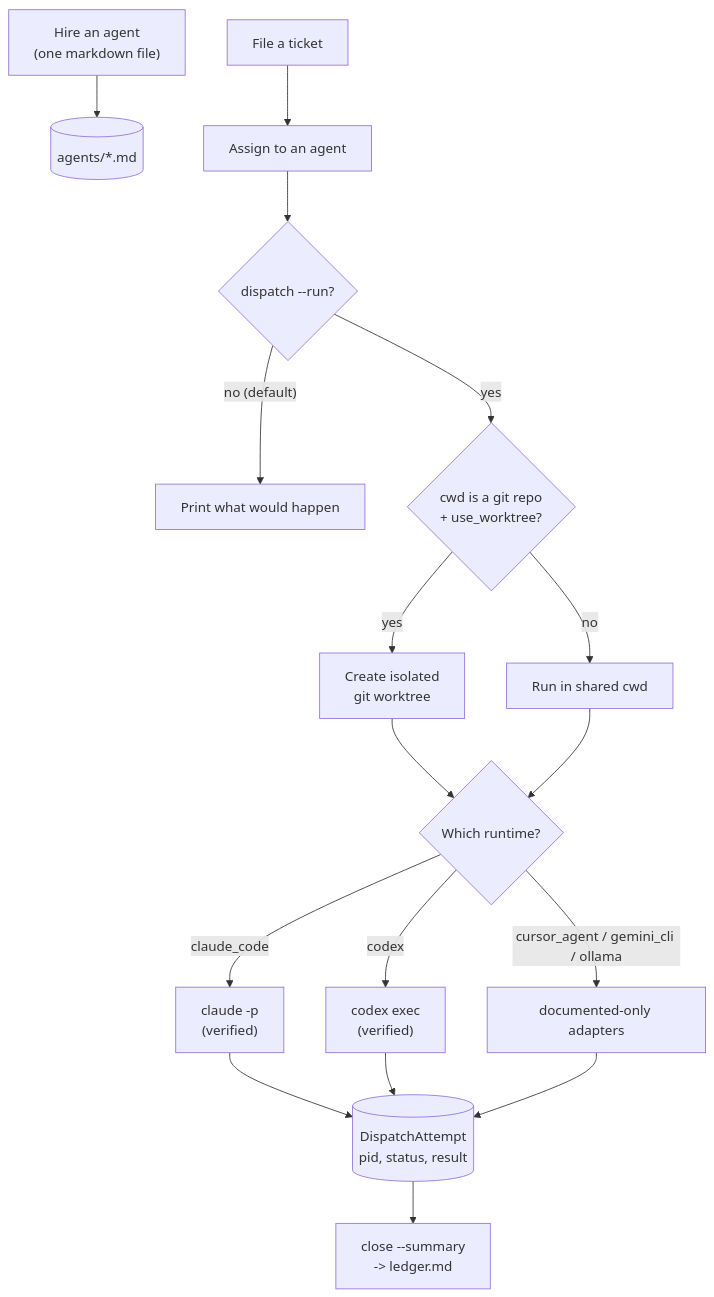
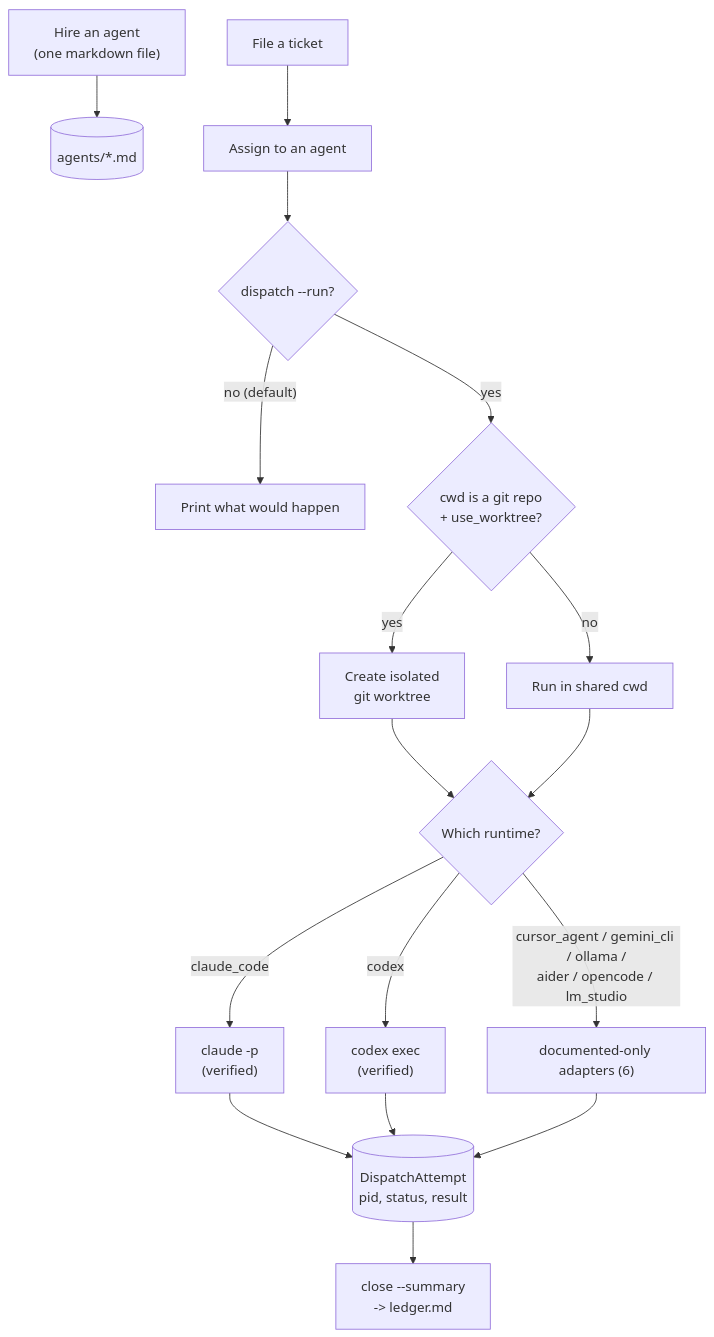
One commit to PlainJane20/muster changed the diagram in README.md. Above: the diagram before and after it, drawn with Mermaid. The commit also changed other lines of this file and 12 other files, not shown here.

````diff
--- a/README.md
+++ b/README.md
@@ -101,19 +105,19 @@
 ```mermaid
 flowchart TD
     Hire["Hire an agent<br/>(one markdown file)"] --> Registry[(agents/*.md)]
     Ticket["File a ticket"] --> Assign["Assign to an agent"]
     Assign --> Dispatch{"dispatch --run?"}
     Dispatch -->|"no (default)"| Print["Print what would happen"]
     Dispatch -->|"yes"| WorktreeCheck{"cwd is a git repo<br/>+ use_worktree?"}
     WorktreeCheck -->|yes| Worktree["Create isolated<br/>git worktree"]
     WorktreeCheck -->|no| Shared["Run in shared cwd"]
     Worktree --> Runtime{"Which runtime?"}
     Shared --> Runtime
     Runtime -->|claude_code| CC["claude -p<br/>(verified)"]
     Runtime -->|codex| CX["codex exec<br/>(verified)"]
-    Runtime -->|cursor_agent / gemini_cli / ollama| Doc["documented-only adapters"]
+    Runtime -->|"cursor_agent / gemini_cli / ollama /<br/>aider / opencode / lm_studio"| Doc["documented-only adapters (6)"]
     CC --> Attempt[("DispatchAttempt<br/>pid, status, result")]
     CX --> Attempt
     Doc --> Attempt
     Attempt --> Ledger["close --summary<br/>-> ledger.md"]
 ```
````
